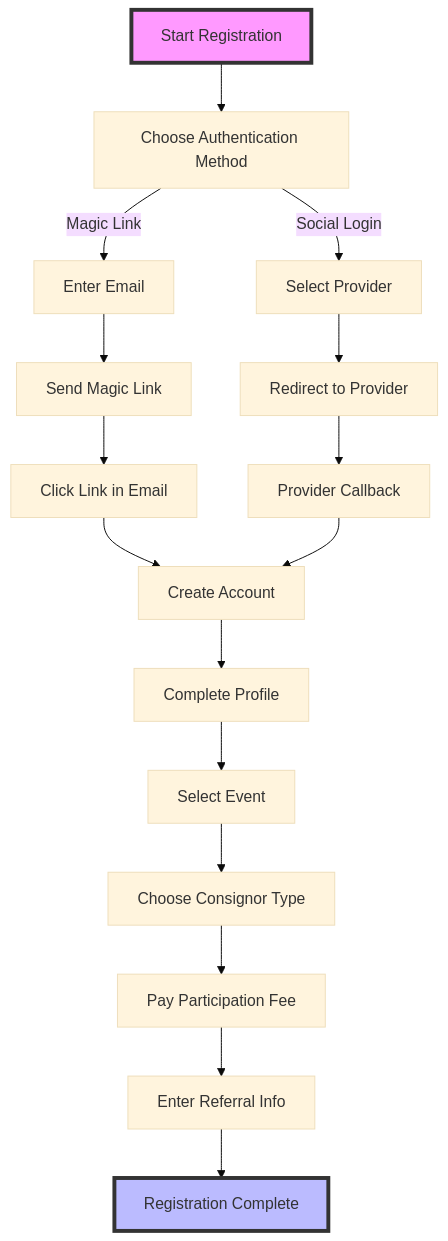
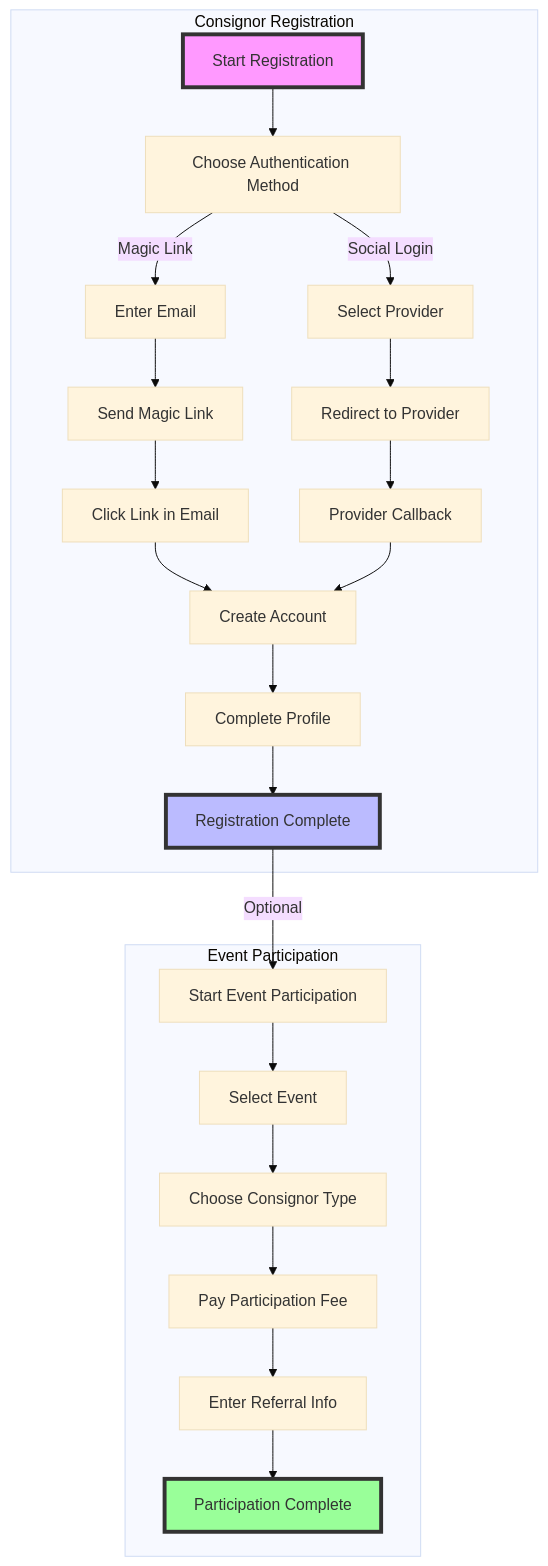
Before and after one commit to atEverychance/ProjectCR: the diagram in docs/diagrams/registration-flow.mmd, drawn with Mermaid (base theme). The commit also changed 6 other files, not shown here.

Commit message:
Updated architecture overview and data model documentation

```diff
--- a/docs/diagrams/registration-flow.mmd
+++ b/docs/diagrams/registration-flow.mmd
@@ -1,22 +1,31 @@
 flowchart TD
-    Start[Start Registration] --> ChooseMethod[Choose Authentication Method]
-    ChooseMethod -->|Magic Link| EnterEmail[Enter Email]
-    ChooseMethod -->|Social Login| SelectProvider[Select Provider]
+    subgraph "Consignor Registration"
+        Start[Start Registration] --> ChooseMethod[Choose Authentication Method]
+        ChooseMethod -->|Magic Link| EnterEmail[Enter Email]
+        ChooseMethod -->|Social Login| SelectProvider[Select Provider]
+        
+        EnterEmail --> SendLink[Send Magic Link]
+        SendLink --> ClickLink[Click Link in Email]
+        ClickLink --> CreateAccount[Create Account]
+        
+        SelectProvider --> AuthRedirect[Redirect to Provider]
+        AuthRedirect --> AuthCallback[Provider Callback]
+        AuthCallback --> CreateAccount
+        
+        CreateAccount --> CompleteProfile[Complete Profile]
+        CompleteProfile --> FinishRegistration[Registration Complete]
+    end
     
-    EnterEmail --> SendLink[Send Magic Link]
-    SendLink --> ClickLink[Click Link in Email]
-    ClickLink --> CreateAccount[Create Account]
+    subgraph "Event Participation"
+        StartEvent[Start Event Participation] --> SelectEvent[Select Event]
+        SelectEvent --> ChooseType[Choose Consignor Type]
+        ChooseType --> PayFee[Pay Participation Fee]
+        PayFee --> EnterReferral[Enter Referral Info]
+        EnterReferral --> FinishParticipation[Participation Complete]
+    end
     
-    SelectProvider --> AuthRedirect[Redirect to Provider]
-    AuthRedirect --> AuthCallback[Provider Callback]
-    AuthCallback --> CreateAccount
-    
-    CreateAccount --> CompleteProfile[Complete Profile]
-    CompleteProfile --> SelectEvent[Select Event]
-    SelectEvent --> ChooseType[Choose Consignor Type]
-    ChooseType --> PayFee[Pay Participation Fee]
-    PayFee --> EnterReferral[Enter Referral Info]
-    EnterReferral --> Finish[Registration Complete]
+    FinishRegistration -->|Optional| StartEvent
     
     style Start fill:#f9f,stroke:#333,stroke-width:4px
-    style Finish fill:#bbf,stroke:#333,stroke-width:4px
+    style FinishRegistration fill:#bbf,stroke:#333,stroke-width:4px
+    style FinishParticipation fill:#9f9,stroke:#333,stroke-width:4px
```
